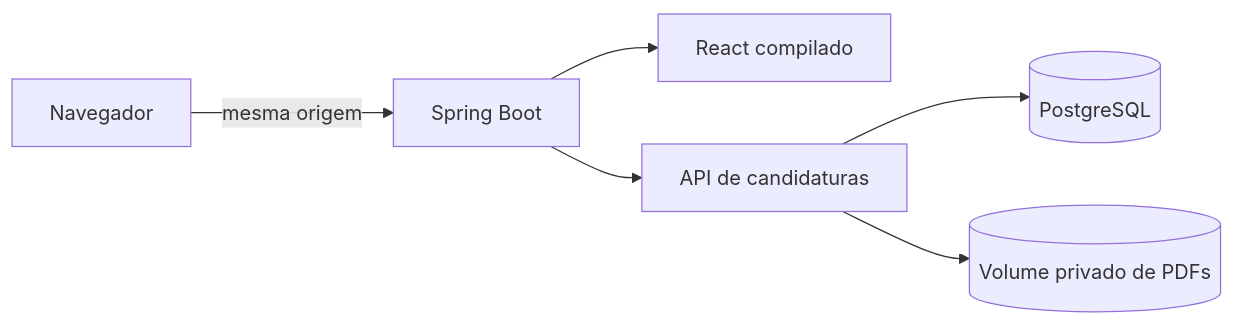
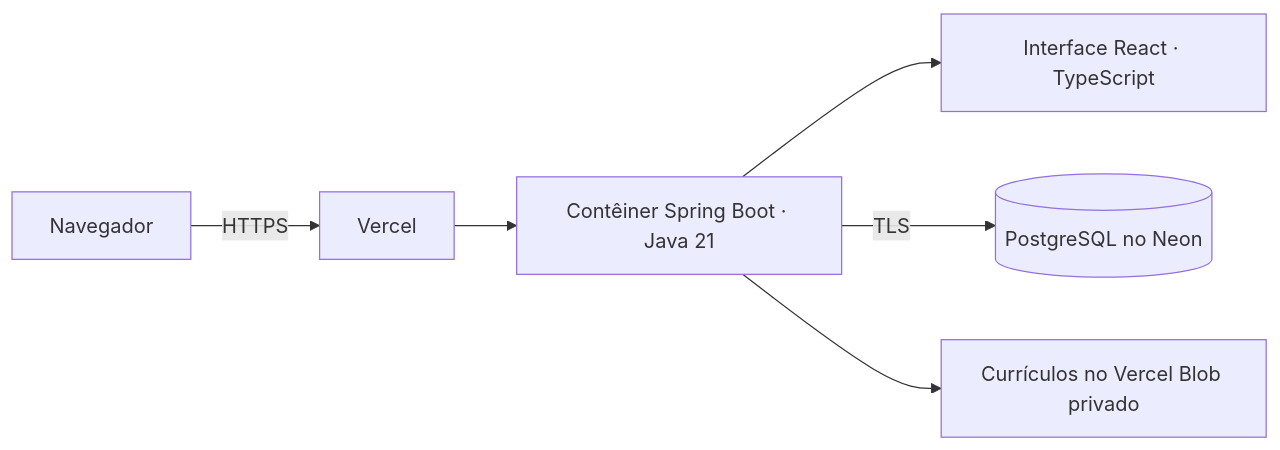
One commit to kaua-chavesvk/processo-seletivo changed the diagram in README.md. Above: the diagram before and after it, drawn with Mermaid. The commit also changed other lines of this file and 4 other files, not shown here.

````diff
--- a/README.md
+++ b/README.md
@@ -25,8 +41,8 @@
 ```mermaid
 flowchart LR
-  B[Navegador] -->|mesma origem| S[Spring Boot]
-  S --> UI[React compilado]
-  S --> A[API de candidaturas]
-  A --> P[(PostgreSQL)]
-  A --> V[(Volume privado de PDFs)]
+  B[Navegador] -->|HTTPS| G[Vercel]
+  G --> S[Contêiner Spring Boot · Java 21]
+  S --> R[Interface React · TypeScript]
+  S -->|TLS| P[(PostgreSQL no Neon)]
+  S --> V[Currículos no Vercel Blob privado]
 ```
````
